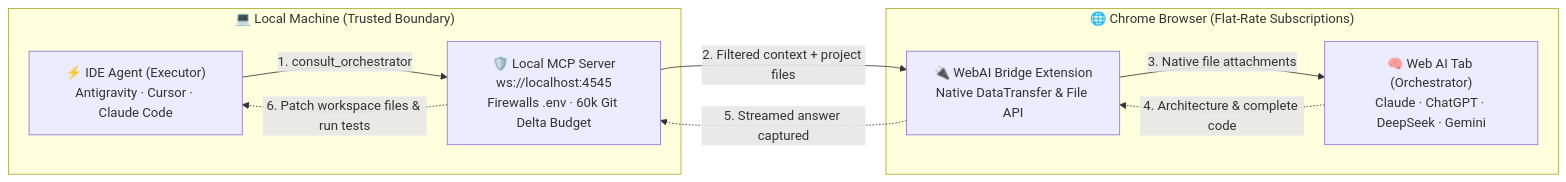
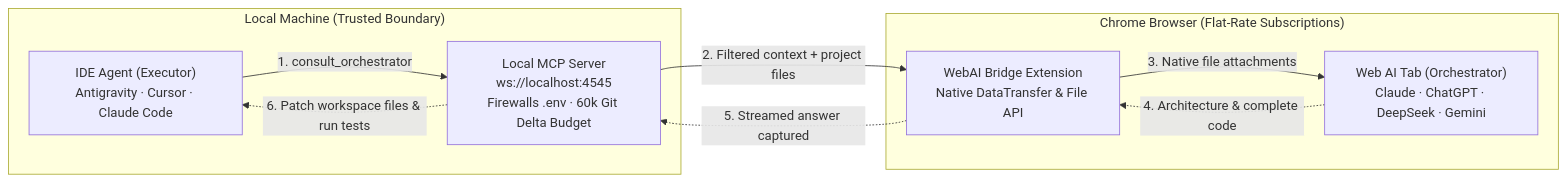
One commit to GoulagmanYt/antigravity-universal-ai-bridge changed the diagram in README.md. Above: the diagram before and after it, drawn with Mermaid. The commit also changed other lines of this file and 5 other files, not shown here.

````diff
--- a/README.md
+++ b/README.md
@@ -123,19 +123,19 @@
 ```mermaid
 flowchart LR
-    subgraph Local["💻 Local Machine (Trusted Boundary)"]
-        IDE["⚡ IDE Agent (Executor)<br/>Antigravity · Cursor · Claude Code"]
-        MCP["🛡️ Local MCP Server<br/>ws://localhost:4545<br/>Firewalls .env · 60k Git Delta Budget"]
+    subgraph Local["Local Machine (Trusted Boundary)"]
+        IDE["IDE Agent (Executor)<br/>Antigravity · Cursor · Claude Code"]
+        MCP["Local MCP Server<br/>ws://localhost:4545<br/>Firewalls .env · 60k Git Delta Budget"]
     end
 
-    subgraph Browser["🌐 Chrome Browser (Flat-Rate Subscriptions)"]
-        EXT["🔌 WebAI Bridge Extension<br/>Native DataTransfer & File API"]
-        WEB["🧠 Web AI Tab (Orchestrator)<br/>Claude · ChatGPT · DeepSeek · Gemini"]
+    subgraph Browser["Chrome Browser (Flat-Rate Subscriptions)"]
+        EXT["WebAI Bridge Extension<br/>Native DataTransfer & File API"]
+        WEB["Web AI Tab (Orchestrator)<br/>Claude · ChatGPT · DeepSeek · Gemini"]
     end
 
     IDE -- "1. consult_orchestrator" --> MCP
     MCP -- "2. Filtered context + project files" --> EXT
     EXT -- "3. Native file attachments" --> WEB
     WEB -. "4. Architecture & complete code" .-> EXT
     EXT -. "5. Streamed answer captured" .-> MCP
     MCP -. "6. Patch workspace files & run tests" .-> IDE
 ```
````
